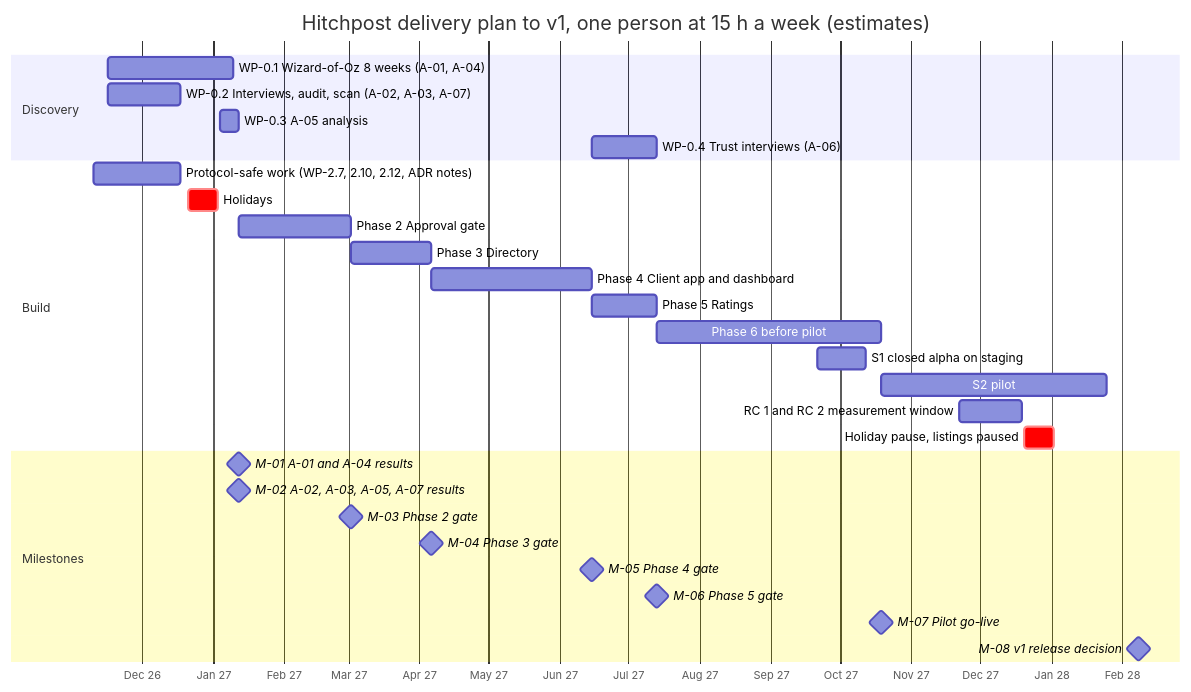
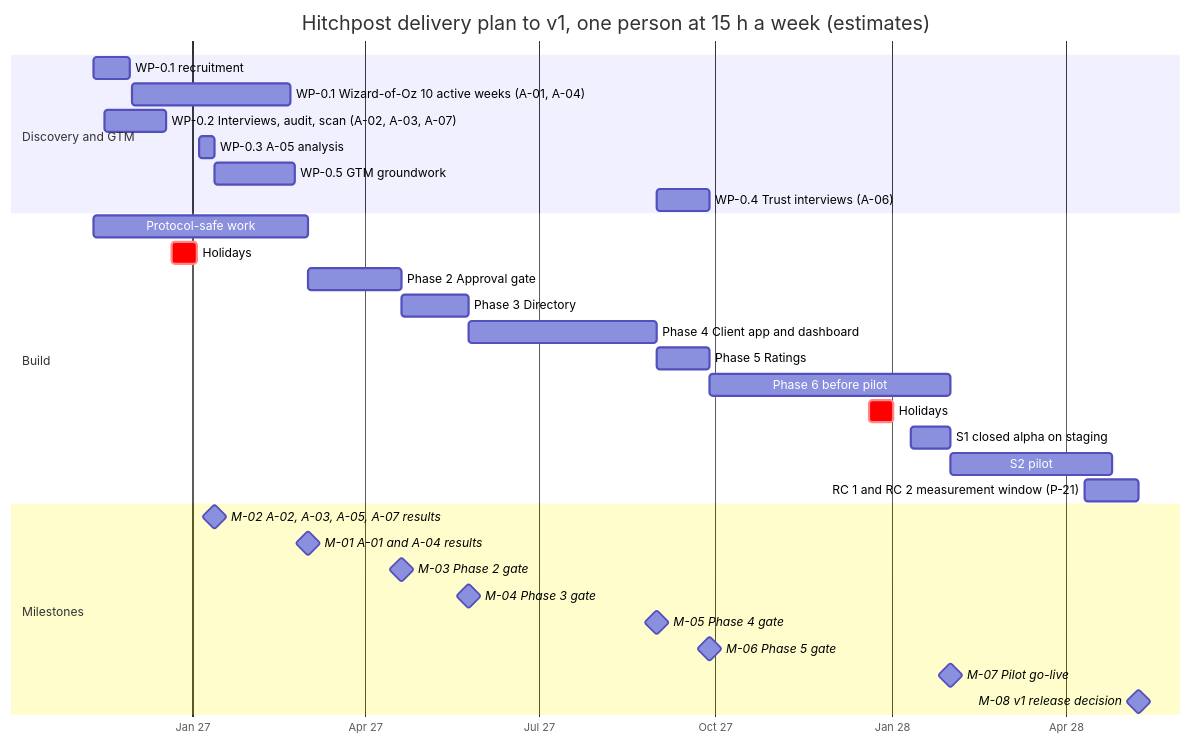
Before and after one commit to Jannisar01/hitchpost: the diagram in docs/sad/16-project-plan.md, drawn with Mermaid. The commit also changed other lines of this file and 23 other files, not shown here.

````diff
--- a/docs/sad/16-project-plan.md
+++ b/docs/sad/16-project-plan.md
@@ -171,32 +190,34 @@
 ```mermaid
 gantt
     title Hitchpost delivery plan to v1, one person at 15 h a week (estimates)
     dateFormat YYYY-MM-DD
     axisFormat %b %y
-    section Discovery
-    WP-0.1 Wizard-of-Oz 8 weeks (A-01, A-04)    :d1, 2026-11-16, 2027-01-10
+    section Discovery and GTM
+    WP-0.1 recruitment                            :d0, 2026-11-10, 2026-11-29
+    WP-0.1 Wizard-of-Oz 10 active weeks (A-01, A-04) :d1, 2026-11-30, 2027-02-21
     WP-0.2 Interviews, audit, scan (A-02, A-03, A-07) :d2, 2026-11-16, 2026-12-18
     WP-0.3 A-05 analysis                          :d3, 2027-01-04, 2027-01-12
-    WP-0.4 Trust interviews (A-06)                :d4, 2027-06-15, 2027-07-13
+    WP-0.5 GTM groundwork                         :d5, 2027-01-12, 2027-02-23
+    WP-0.4 Trust interviews (A-06)                :d4, 2027-08-31, 2027-09-28
     section Build
-    Protocol-safe work (WP-2.7, 2.10, 2.12, ADR notes) :b0, 2026-11-10, 2026-12-18
+    Protocol-safe work                            :b0, 2026-11-10, 2027-03-02
     Holidays                                      :crit, h1, 2026-12-21, 2027-01-03
-    Phase 2 Approval gate                         :p2, 2027-01-12, 2027-03-02
-    Phase 3 Directory                             :p3, 2027-03-02, 2027-04-06
-    Phase 4 Client app and dashboard              :p4, 2027-04-06, 2027-06-15
-    Phase 5 Ratings                               :p5, 2027-06-15, 2027-07-13
-    Phase 6 before pilot                          :p6, 2027-07-13, 2027-10-19
-    S1 closed alpha on staging                    :s1, 2027-09-21, 2027-10-12
-    S2 pilot                                      :s2, 2027-10-19, 2028-01-25
-    RC 1 and RC 2 measurement window              :rc, 2027-11-22, 2027-12-19
-    Holiday pause, listings paused                :crit, h2, 2027-12-20, 2028-01-02
+    Phase 2 Approval gate                         :p2, 2027-03-02, 2027-04-20
+    Phase 3 Directory                             :p3, 2027-04-20, 2027-05-25
+    Phase 4 Client app and dashboard              :p4, 2027-05-25, 2027-08-31
+    Phase 5 Ratings                               :p5, 2027-08-31, 2027-09-28
+    Phase 6 before pilot                          :p6, 2027-09-28, 2028-02-01
+    Holidays                                      :crit, h2, 2027-12-20, 2028-01-02
+    S1 closed alpha on staging                    :s1, 2028-01-11, 2028-02-01
+    S2 pilot                                      :s2, 2028-02-01, 2028-04-25
+    RC 1 and RC 2 measurement window (P-21)       :rc, 2028-04-11, 2028-05-09
     section Milestones
-    M-01 A-01 and A-04 results                    :milestone, m1, 2027-01-12, 0d
     M-02 A-02, A-03, A-05, A-07 results           :milestone, m2, 2027-01-12, 0d
-    M-03 Phase 2 gate                             :milestone, m3, 2027-03-02, 0d
-    M-04 Phase 3 gate                             :milestone, m4, 2027-04-06, 0d
-    M-05 Phase 4 gate                             :milestone, m5, 2027-06-15, 0d
-    M-06 Phase 5 gate                             :milestone, m6, 2027-07-13, 0d
-    M-07 Pilot go-live                            :milestone, m7, 2027-10-19, 0d
-    M-08 v1 release decision                      :milestone, m8, 2028-02-08, 0d
+    M-01 A-01 and A-04 results                    :milestone, m1, 2027-03-02, 0d
+    M-03 Phase 2 gate                             :milestone, m3, 2027-04-20, 0d
+    M-04 Phase 3 gate                             :milestone, m4, 2027-05-25, 0d
+    M-05 Phase 4 gate                             :milestone, m5, 2027-08-31, 0d
+    M-06 Phase 5 gate                             :milestone, m6, 2027-09-28, 0d
+    M-07 Pilot go-live                            :milestone, m7, 2028-02-01, 0d
+    M-08 v1 release decision                      :milestone, m8, 2028-05-09, 0d
 ```
````
